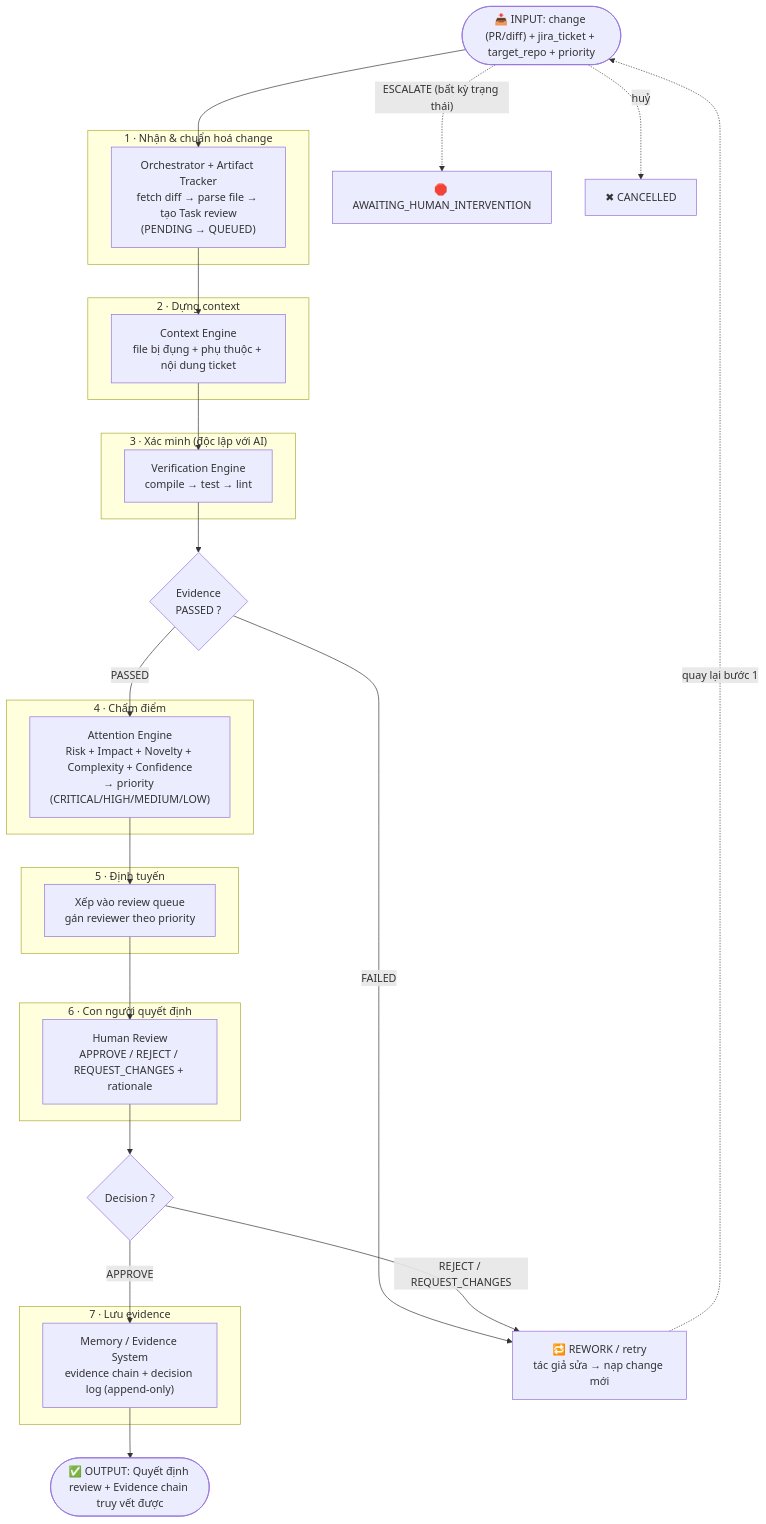
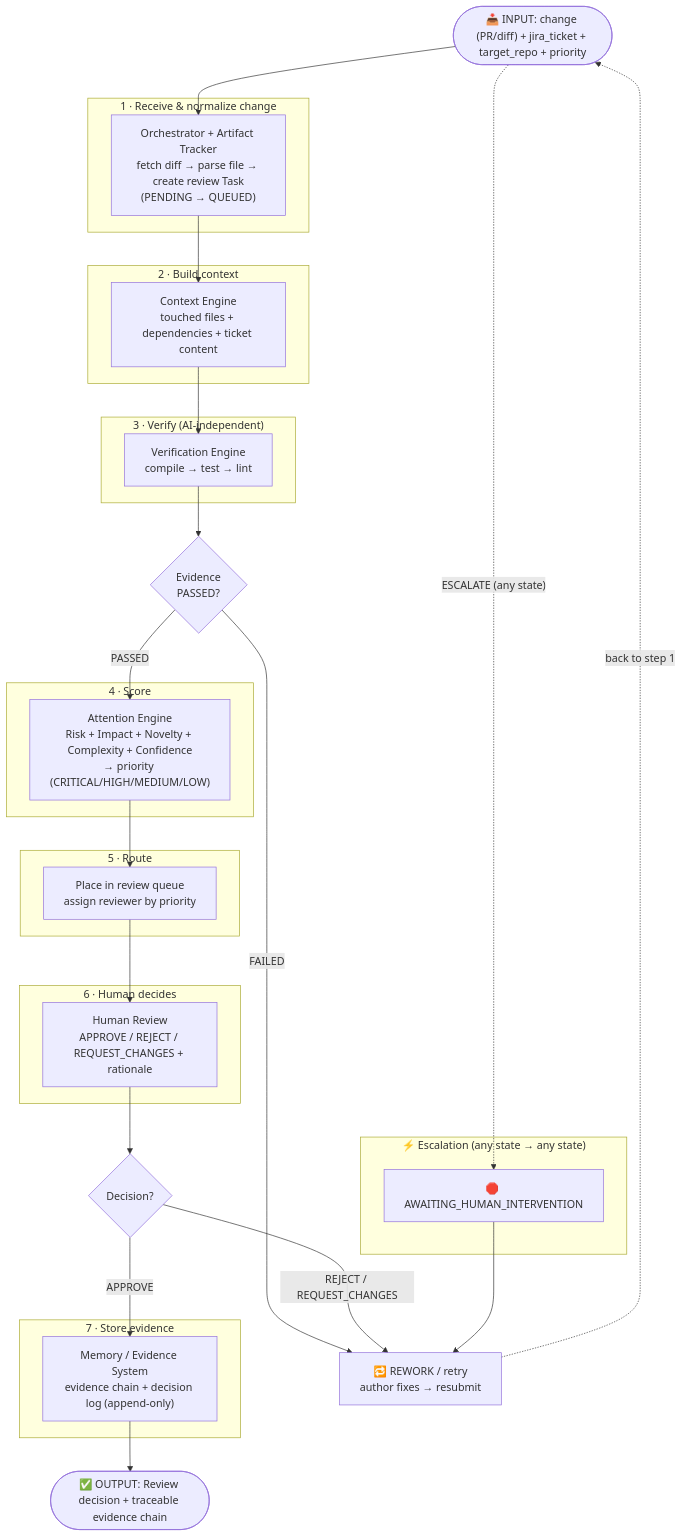
Before and after one commit to nbhson/app-human-attention-infrastructure: the third of 7 diagrams in docs/summary/HAI_flow.md, drawn with Mermaid. The commit also changed other lines of this file and 4 other files, not shown here.

````diff
--- a/docs/summary/HAI_flow.md
+++ b/docs/summary/HAI_flow.md
@@ -57,52 +57,56 @@
 ```mermaid
 flowchart TB
     IN(["📥 INPUT: change (PR/diff) + jira_ticket + target_repo + priority"])
 
     IN --> S1
-    subgraph B1["1 · Nhận & chuẩn hoá change"]
-        S1["Orchestrator + Artifact Tracker<br/>fetch diff → parse file → tạo Task review<br/>(PENDING → QUEUED)"]
+    subgraph B1["1 · Receive & normalize change"]
+        S1["Orchestrator + Artifact Tracker<br/>fetch diff → parse file → create review Task<br/>(PENDING → QUEUED)"]
     end
 
     S1 --> S2
-    subgraph B2["2 · Dựng context"]
-        S2["Context Engine<br/>file bị đụng + phụ thuộc + nội dung ticket"]
+    subgraph B2["2 · Build context"]
+        S2["Context Engine<br/>touched files + dependencies + ticket content"]
     end
 
     S2 --> S3
-    subgraph B3["3 · Xác minh (độc lập với AI)"]
+    subgraph B3["3 · Verify (AI-independent)"]
         S3["Verification Engine<br/>compile → test → lint"]
     end
 
-    S3 --> D3{"Evidence<br/>PASSED ?"}
+    S3 --> D3{"Evidence<br/>PASSED?"}
 
-    D3 -- "FAILED" --> REWORK["🔁 REWORK / retry<br/>tác giả sửa → nạp change mới"]
-    REWORK -. "quay lại bước 1" .-> IN
+    D3 -- "FAILED" --> REWORK["🔁 REWORK / retry<br/>author fixes → resubmit"]
+    REWORK -. "back to step 1" .-> IN
 
     D3 -- "PASSED" --> S4
-    subgraph B4["4 · Chấm điểm"]
+    subgraph B4["4 · Score"]
         S4["Attention Engine<br/>Risk + Impact + Novelty + Complexity + Confidence<br/>→ priority (CRITICAL/HIGH/MEDIUM/LOW)"]
     end
 
     S4 --> S5
-    subgraph B5["5 · Định tuyến"]
-        S5["Xếp vào review queue<br/>gán reviewer theo priority"]
+    subgraph B5["5 · Route"]
+        S5["Place in review queue<br/>assign reviewer by priority"]
     end
 
     S5 --> S6
-    subgraph B6["6 · Con người quyết định"]
+    subgraph B6["6 · Human decides"]
         S6["Human Review<br/>APPROVE / REJECT / REQUEST_CHANGES + rationale"]
     end
 
-    S6 --> D6{"Decision ?"}
+    S6 --> D6{"Decision?"}
     D6 -- "APPROVE" --> S7
     D6 -- "REJECT / REQUEST_CHANGES" --> REWORK
 
-    subgraph B7["7 · Lưu evidence"]
+    subgraph B7["7 · Store evidence"]
         S7["Memory / Evidence System<br/>evidence chain + decision log (append-only)"]
     end
 
-    S7 --> OUT(["✅ OUTPUT: Quyết định review + Evidence chain truy vết được"])
+    S7 --> OUT(["✅ OUTPUT: Review decision + traceable evidence chain"])
 
-    IN -. "ESCALATE (bất kỳ trạng thái)" .-> ESC["🛑 AWAITING_HUMAN_INTERVENTION"]
-    IN -. "huỷ" .-> CANC["✖ CANCELLED"]
+    IN -. "ESCALATE (any state)" .-> ESC["🛑 AWAITING_HUMAN_INTERVENTION"]
+    ESC --> REWORK
+
+    subgraph ESCB["⚡ Escalation (any state → any state)"]
+        ESC
+    end
 ```
````
